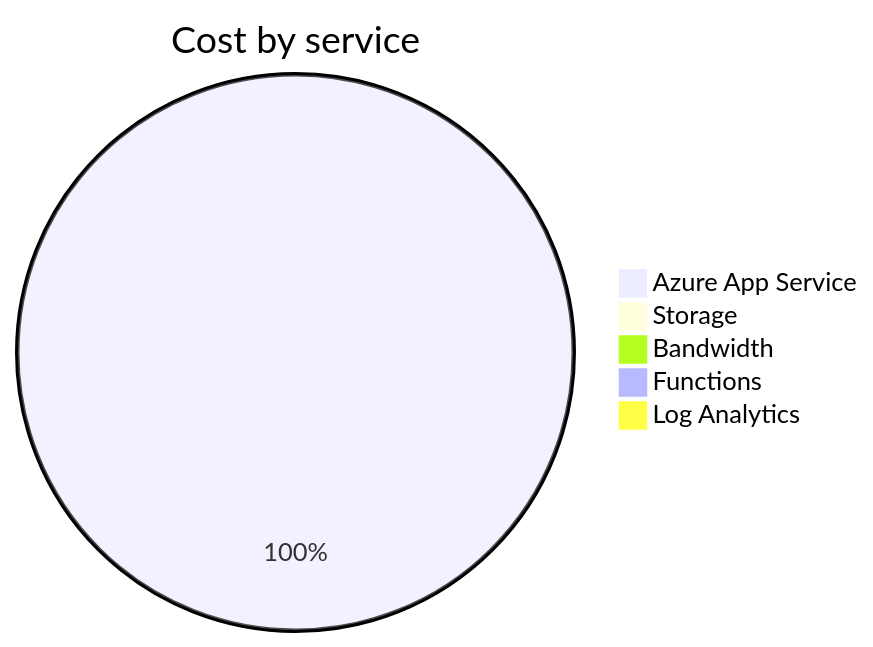
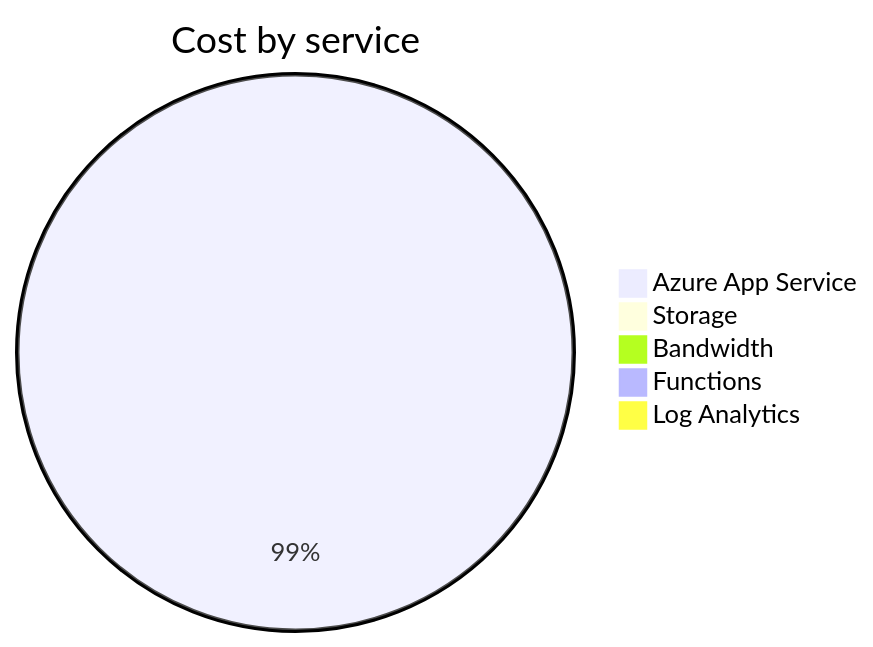
Before and after one commit to jpfulton/azure-personal-reports: the second of 4 diagrams in cost-reports/personal-site/README.md, drawn with Mermaid. The commit also changed other lines of this file and 6 other files, not shown here.

````diff
--- a/cost-reports/personal-site/README.md
+++ b/cost-reports/personal-site/README.md
@@ -97,9 +43,9 @@
 ```mermaid
 pie
    title Cost by service
-   "Azure App Service" : 1.01
-   "Storage" : 0.00
+   "Azure App Service" : 1.38
+   "Storage" : 0.01
    "Bandwidth" : 0.00
    "Functions" : 0.00
    "Log Analytics" : 0.00
 ```
````
